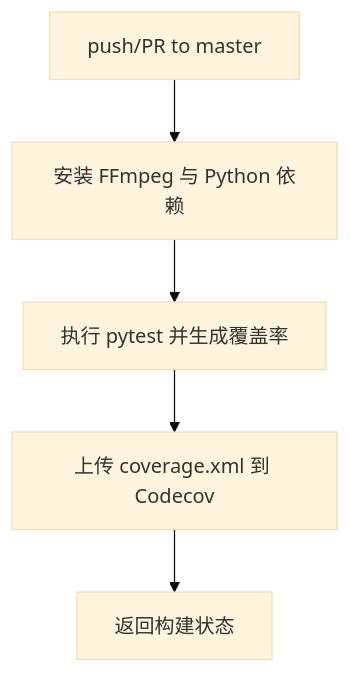
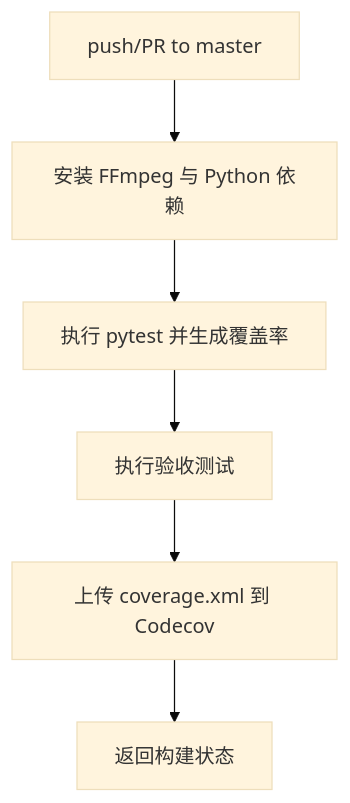
Diagram 24 of 24 in .qoder/repowiki/zh/content/测试与质量保证/测试与质量保证.md (boyingliu01/VideoSplitter), drawn with Mermaid (base theme) before and after one commit. The commit also changed other lines of this file and 59 other files, not shown here.

````diff
--- a/.qoder/repowiki/zh/content/测试与质量保证/测试与质量保证.md
+++ b/.qoder/repowiki/zh/content/测试与质量保证/测试与质量保证.md
@@ -721,7 +855,8 @@
 ```mermaid
 flowchart TD
 Trigger["push/PR to master"] --> Setup["安装 FFmpeg 与 Python 依赖"]
 Setup --> Run["执行 pytest 并生成覆盖率"]
-Run --> Upload["上传 coverage.xml 到 Codecov"]
+Run --> Acceptance["执行验收测试"]
+Acceptance --> Upload["上传 coverage.xml 到 Codecov"]
 Upload --> Result["返回构建状态"]
 ```
````
